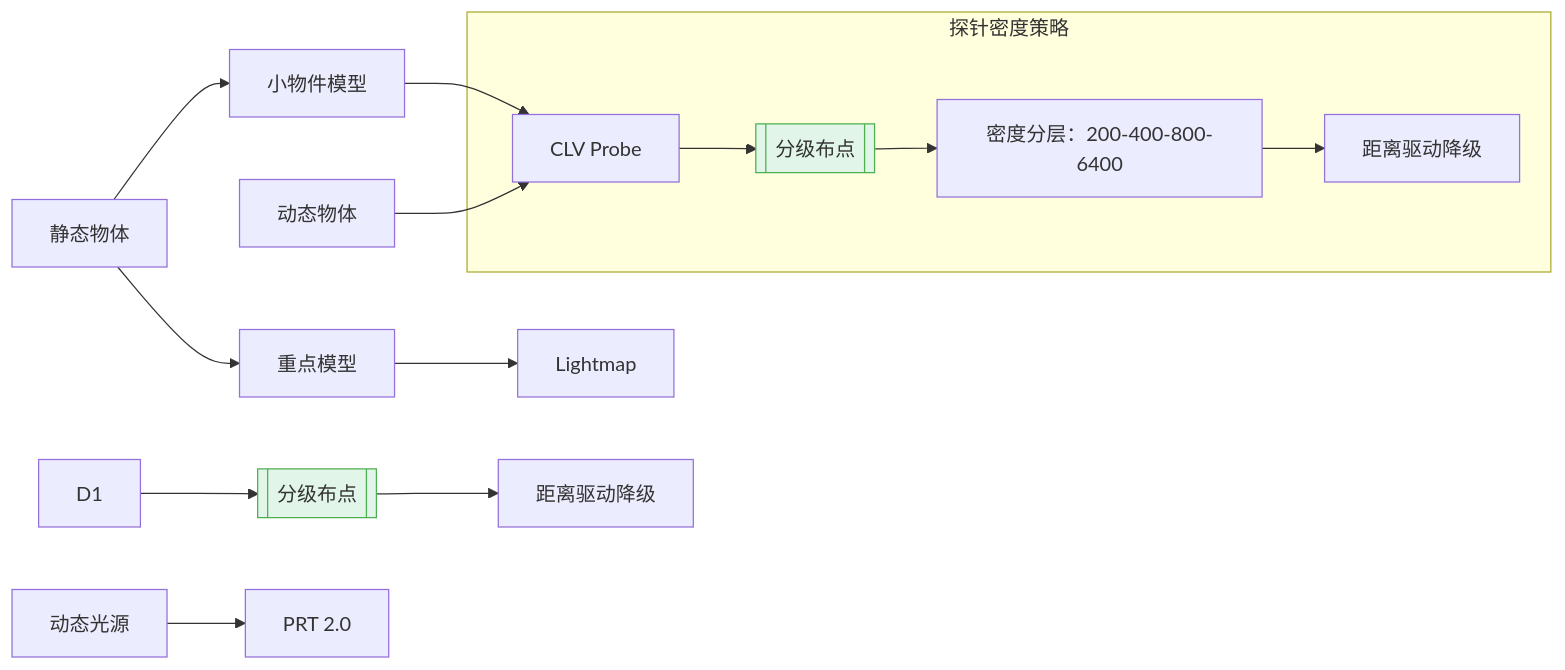
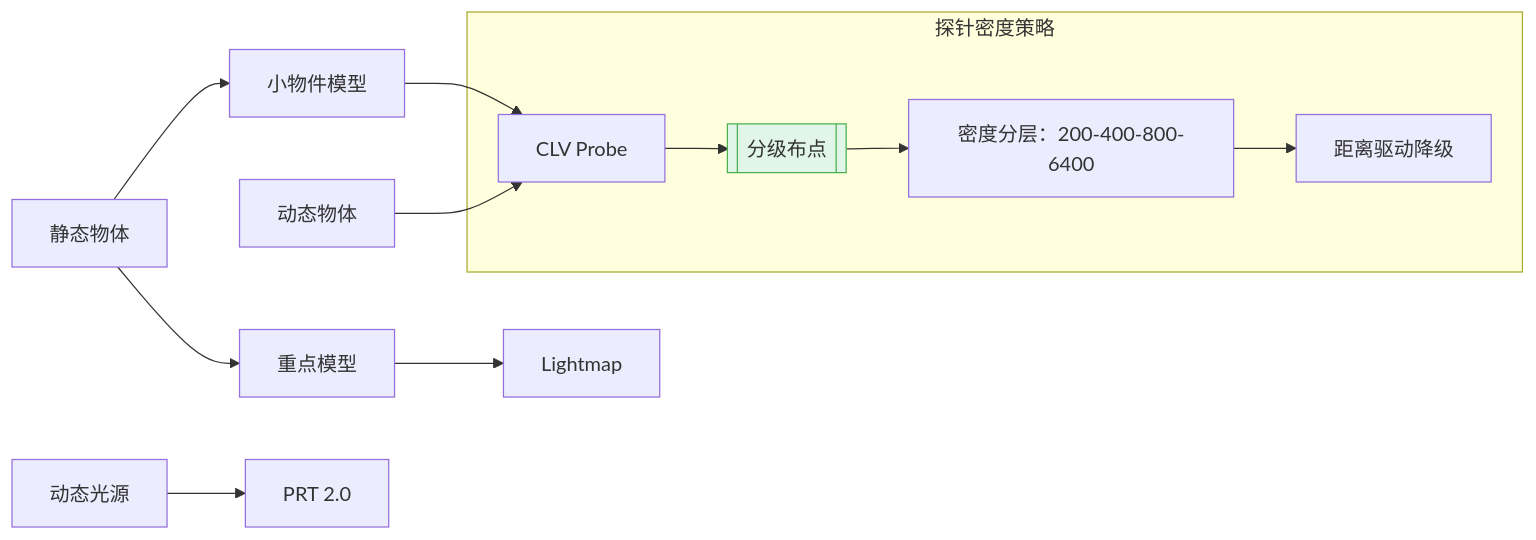
Before and after one commit to archieluan/iodraw-files: the diagram in all/未命名-5.md, drawn with Mermaid.

Commit message:
2025-07-08 11:02:55 update

````diff
--- a/all/未命名-5.md
+++ b/all/未命名-5.md
@@ -1,22 +1,20 @@
 ```mermaid
 graph LR
   %% 保留原基础框架
   A[静态物体] --> A1[重点模型] --> A2[Lightmap]
   A --> B[小物件模型] --> B1[CLV Probe]
   
   %% 新增分级标注
   subgraph 探针密度策略
     B1 --> C[[分级布点]]
     C --> C1["密度分层：200-400-800-6400"]
     C1 --> C2["距离驱动降级"]
     style C fill:#e1f5e8,stroke:#4caf50
   end
   
   %% 动态部分严格区分
   D[动态物体] --> B1[CLV Probe] 
-  D1 --> D2[[分级布点]] 
-  D2 --> D3[距离驱动降级]
-  style D2 fill:#e1f5e8,stroke:#4caf50
+
   
   E[动态光源] --> E1[PRT 2.0]
 ```
````
